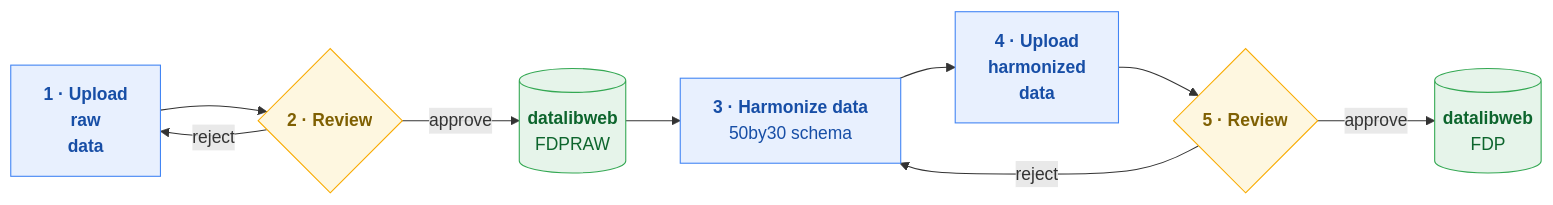
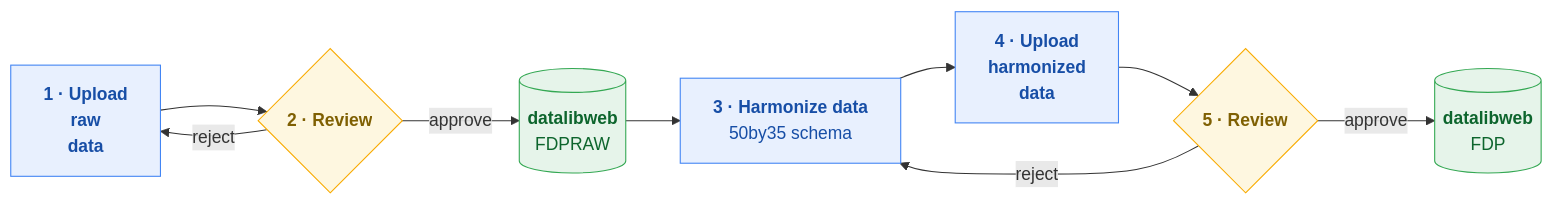
Before and after one commit to GPID-WB/50by35-data: the diagram in index.qmd, drawn with Mermaid. The commit also changed other lines of this file and 27 other files, not shown here.

````diff
--- a/index.qmd
+++ b/index.qmd
@@ -16,29 +16,29 @@
 ```{mermaid}
 %%| label: fig-pipeline
-%%| fig-cap: "The 50by30 microdata pipeline"
+%%| fig-cap: "The 50by35 microdata pipeline"
 %%| fig-width: 8
 flowchart LR
     raw["<b>1 · Upload<br/>raw<br/>data</b>"]
     rawrev{"<b>2 · Review</b>"}
     dlwraw[("<b>datalibweb</b><br/>FDPRAW")]
-    harm["<b>3 · Harmonize data</b><br/>50by30 schema"]
+    harm["<b>3 · Harmonize data</b><br/>50by35 schema"]
     hup["<b>4 · Upload<br/>harmonized<br/>data</b>"]
     hrev{"<b>5 · Review</b>"}
     dlw[("<b>datalibweb</b><br/>FDP")]
 
     raw --> rawrev
     rawrev -->|approve| dlwraw
     rawrev -->|reject| raw
     dlwraw --> harm
     harm --> hup
     hup --> hrev
     hrev -->|approve| dlw
     hrev -->|reject| harm
 
     classDef step fill:#e8f0fe,stroke:#4285f4,color:#174ea6;
     classDef gate fill:#fef7e0,stroke:#f9ab00,color:#7f6003;
     classDef store fill:#e6f4ea,stroke:#34a853,color:#0d652d;
     class raw,harm,hup step;
     class rawrev,hrev gate;
     class dlwraw,dlw store;
 ```
````
